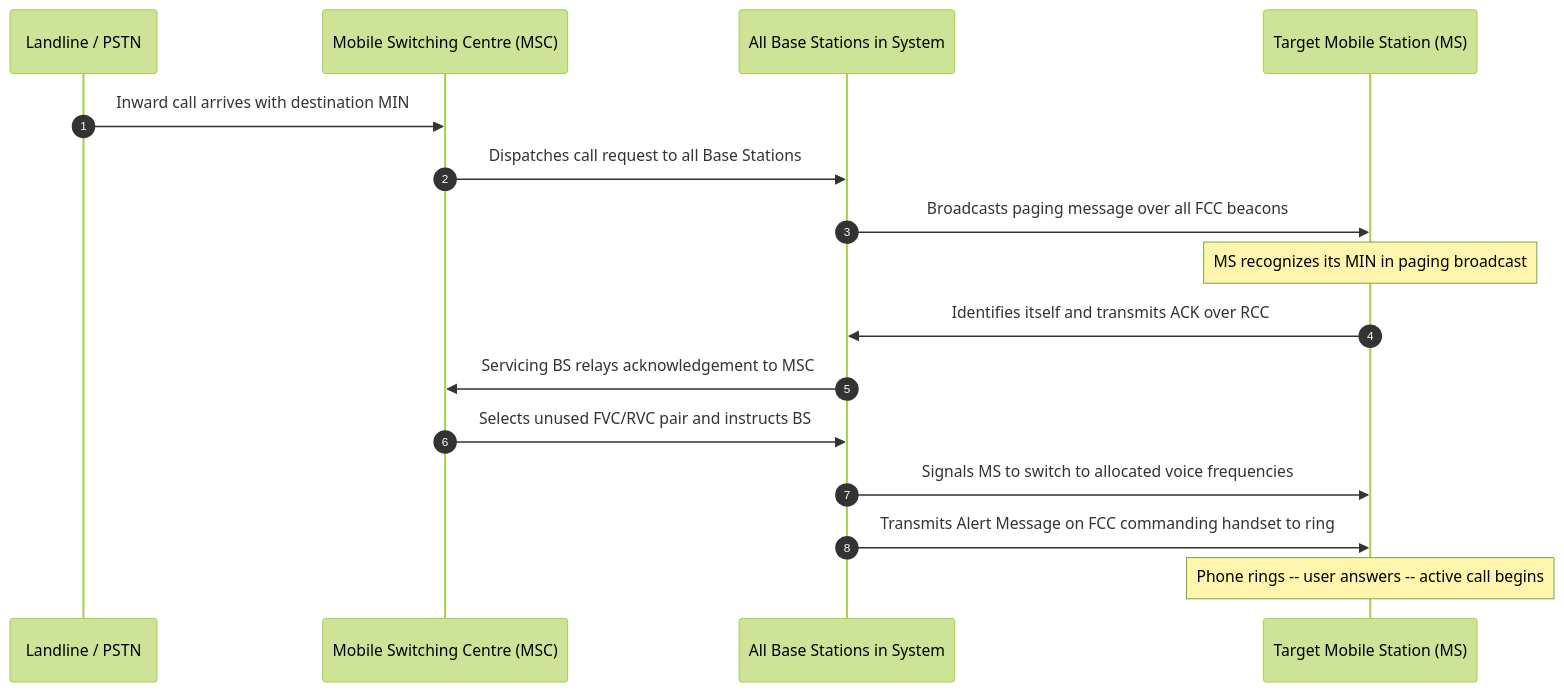
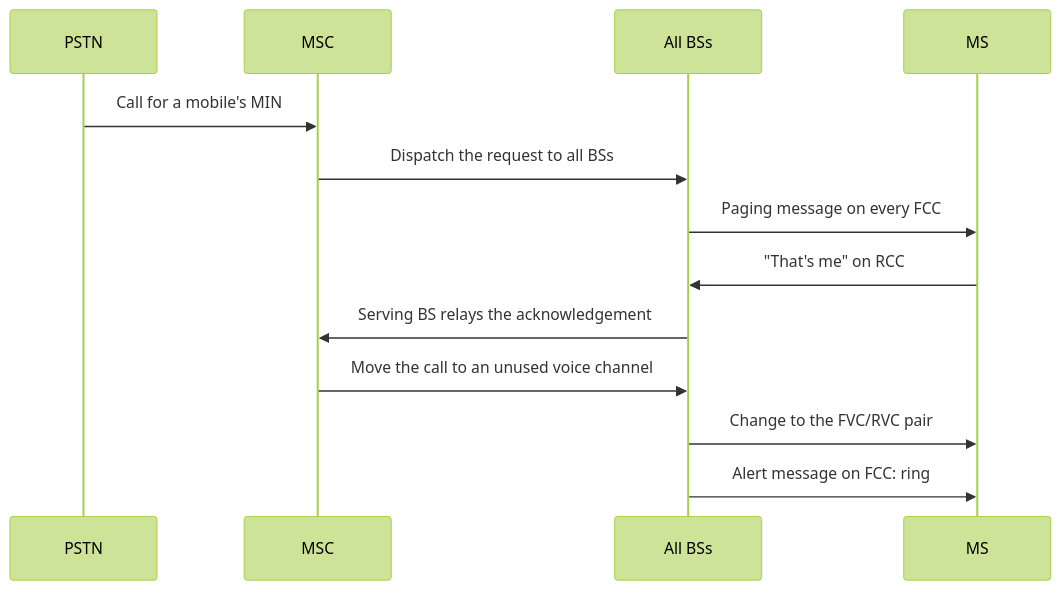
Before and after one commit to MithunDu404/LRNMetarials: the second of 2 diagrams in academics/mpc/Cellular_Networks_Guide.md, drawn with Mermaid (forest theme). The commit also changed other lines of this file and 18 other files, not shown here.

````diff
--- a/academics/mpc/Cellular_Networks_Guide.md
+++ b/academics/mpc/Cellular_Networks_Guide.md
@@ -161,19 +82,15 @@
 ```mermaid
 sequenceDiagram
-    autonumber
-    participant PSTN as Landline / PSTN
-    participant MSC as Mobile Switching Centre (MSC)
-    participant AllBS as All Base Stations in System
-    participant MS as Target Mobile Station (MS)
-
-    PSTN->>MSC: Inward call arrives with destination MIN
-    MSC->>AllBS: Dispatches call request to all Base Stations
-    AllBS->>MS: Broadcasts paging message over all FCC beacons
-    Note over MS: MS recognizes its MIN in paging broadcast
-    MS->>AllBS: Identifies itself and transmits ACK over RCC
-    AllBS->>MSC: Servicing BS relays acknowledgement to MSC
-    MSC->>AllBS: Selects unused FVC/RVC pair and instructs BS
-    AllBS->>MS: Signals MS to switch to allocated voice frequencies
-    AllBS->>MS: Transmits Alert Message on FCC commanding handset to ring
-    Note over MS: Phone rings -- user answers -- active call begins
+    participant PSTN
+    participant MSC
+    participant BS as All BSs
+    participant MS
+    PSTN->>MSC: Call for a mobile's MIN
+    MSC->>BS: Dispatch the request to all BSs
+    BS->>MS: Paging message on every FCC
+    MS->>BS: "That's me" on RCC
+    BS->>MSC: Serving BS relays the acknowledgement
+    MSC->>BS: Move the call to an unused voice channel
+    BS->>MS: Change to the FVC/RVC pair
+    BS->>MS: Alert message on FCC: ring
 ```
````
